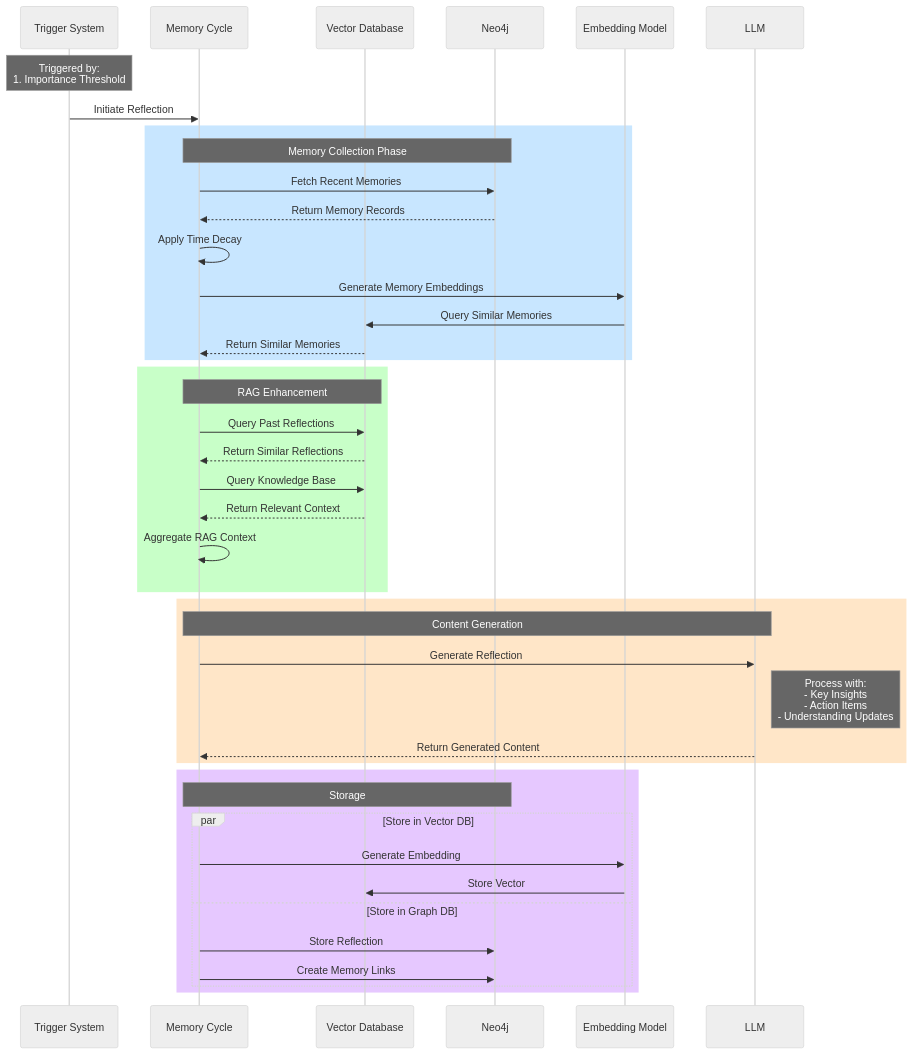
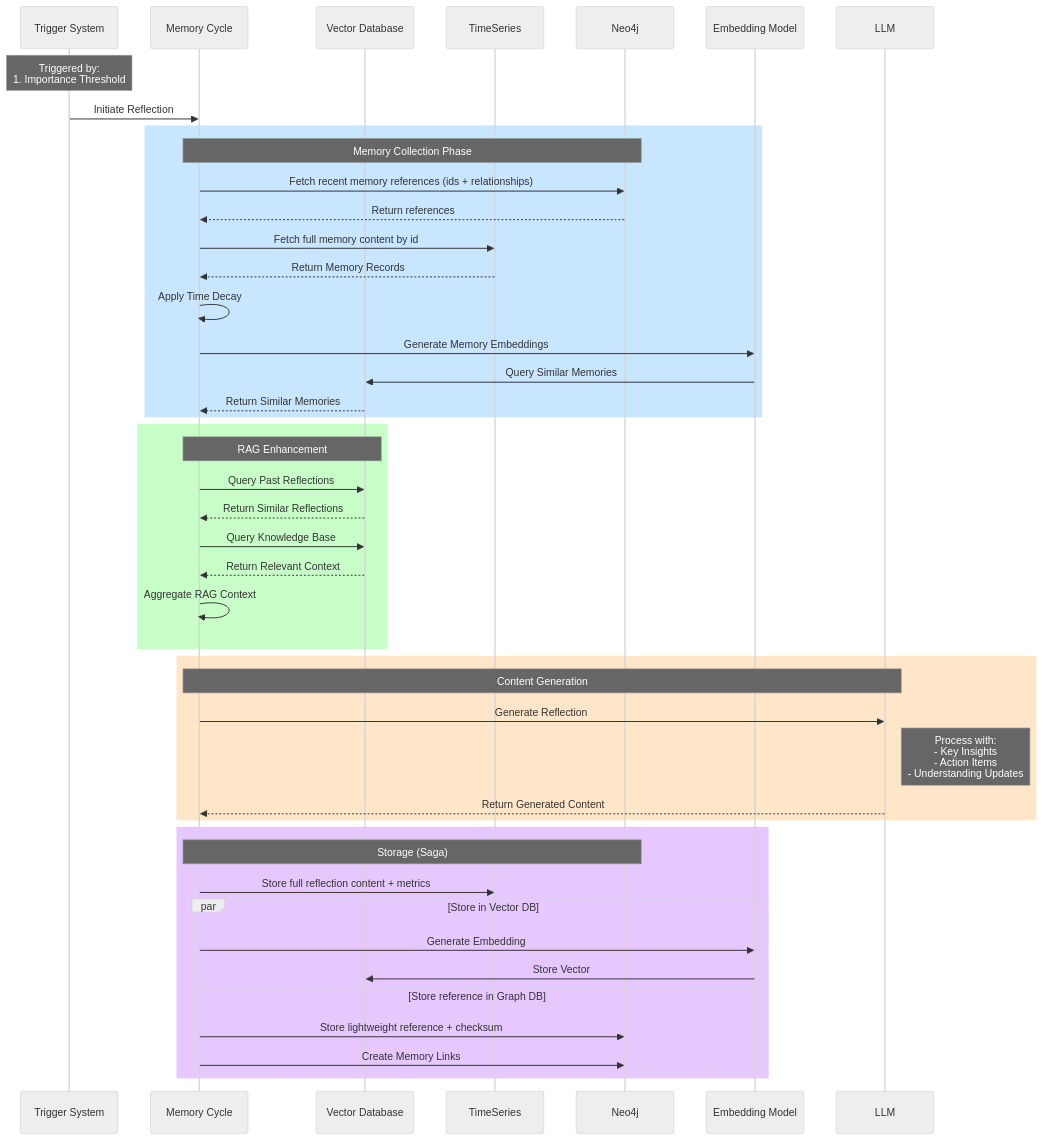
Before and after one commit to XMPro/Multi-Agent: the third of 4 diagrams in docs/technical-details/memory_cycle.md, drawn with Mermaid (neutral theme). The commit also changed other lines of this file and 11 other files, not shown here.

````diff
--- a/docs/technical-details/memory_cycle.md
+++ b/docs/technical-details/memory_cycle.md
@@ -186,50 +191,54 @@
 ```mermaid
 sequenceDiagram
     participant T as Trigger System
     participant MC as Memory Cycle
     participant VDB as Vector Database
+    participant TS as TimeSeries
     participant Neo4j
     participant EM as Embedding Model
     participant LLM
     
     Note over T: Triggered by:<br/>1. Importance Threshold
     
     T->>MC: Initiate Reflection
     
     rect rgb(200, 230, 255)
         Note over MC,Neo4j: Memory Collection Phase
-        MC->>Neo4j: Fetch Recent Memories
-        Neo4j-->>MC: Return Memory Records
+        MC->>Neo4j: Fetch recent memory references (ids + relationships)
+        Neo4j-->>MC: Return references
+        MC->>TS: Fetch full memory content by id
+        TS-->>MC: Return Memory Records
         MC->>MC: Apply Time Decay
         MC->>EM: Generate Memory Embeddings
         EM->>VDB: Query Similar Memories
         VDB-->>MC: Return Similar Memories
     end
     
     rect rgb(200, 255, 200)
         Note over MC,VDB: RAG Enhancement
         MC->>VDB: Query Past Reflections
         VDB-->>MC: Return Similar Reflections
         MC->>VDB: Query Knowledge Base
         VDB-->>MC: Return Relevant Context
         MC->>MC: Aggregate RAG Context
     end
     
     rect rgb(255, 230, 200)
         Note over MC,LLM: Content Generation
         MC->>LLM: Generate Reflection
         Note right of LLM: Process with:<br/>- Key Insights<br/>- Action Items<br/>- Understanding Updates
         LLM-->>MC: Return Generated Content
     end
     
     rect rgb(230, 200, 255)
-        Note over MC,Neo4j: Storage
+        Note over MC,Neo4j: Storage (Saga)
+        MC->>TS: Store full reflection content + metrics
         par Store in Vector DB
             MC->>EM: Generate Embedding
             EM->>VDB: Store Vector
-        and Store in Graph DB
-            MC->>Neo4j: Store Reflection
+        and Store reference in Graph DB
+            MC->>Neo4j: Store lightweight reference + checksum
             MC->>Neo4j: Create Memory Links
         end
     end
 ```
````
